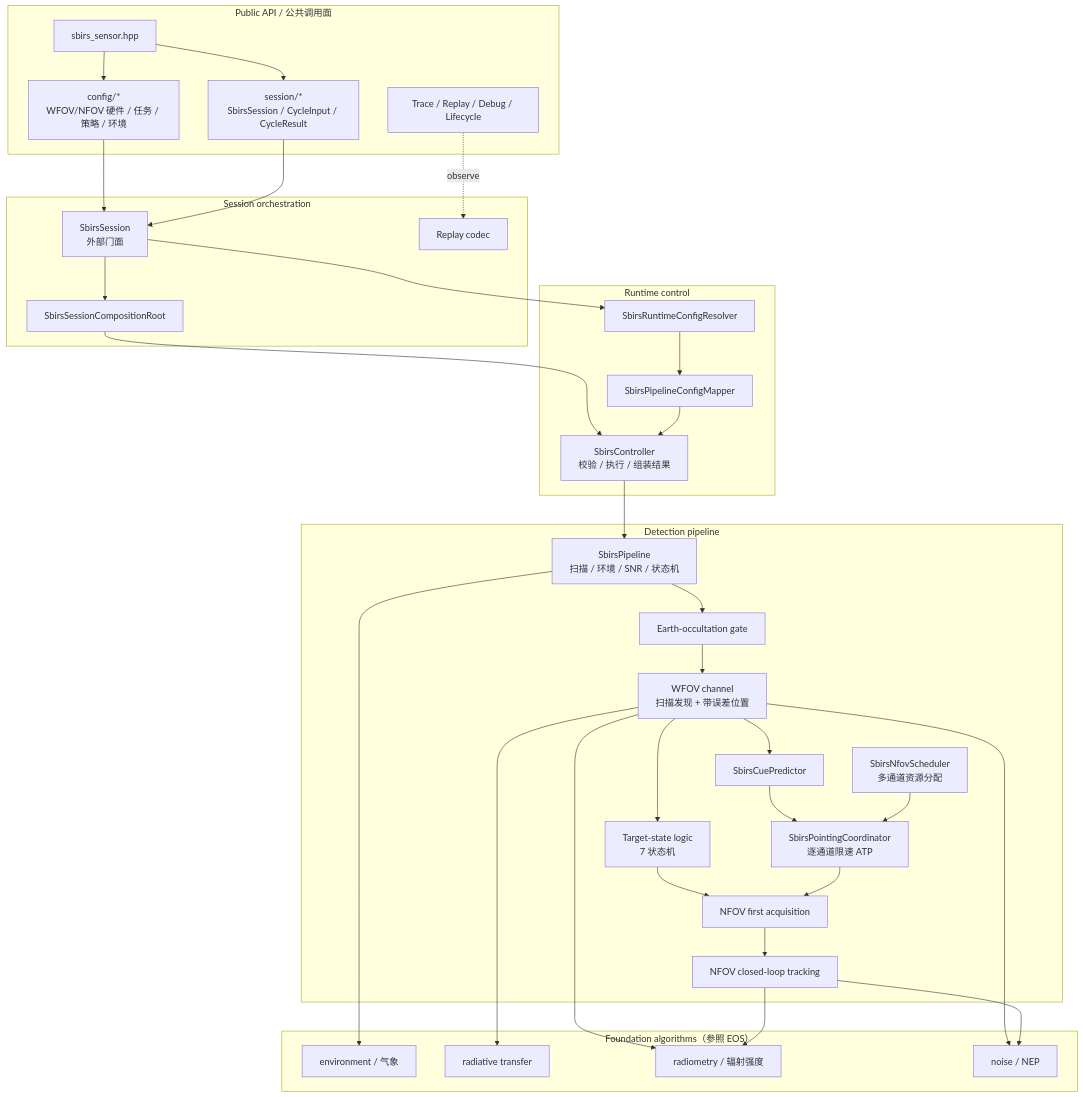
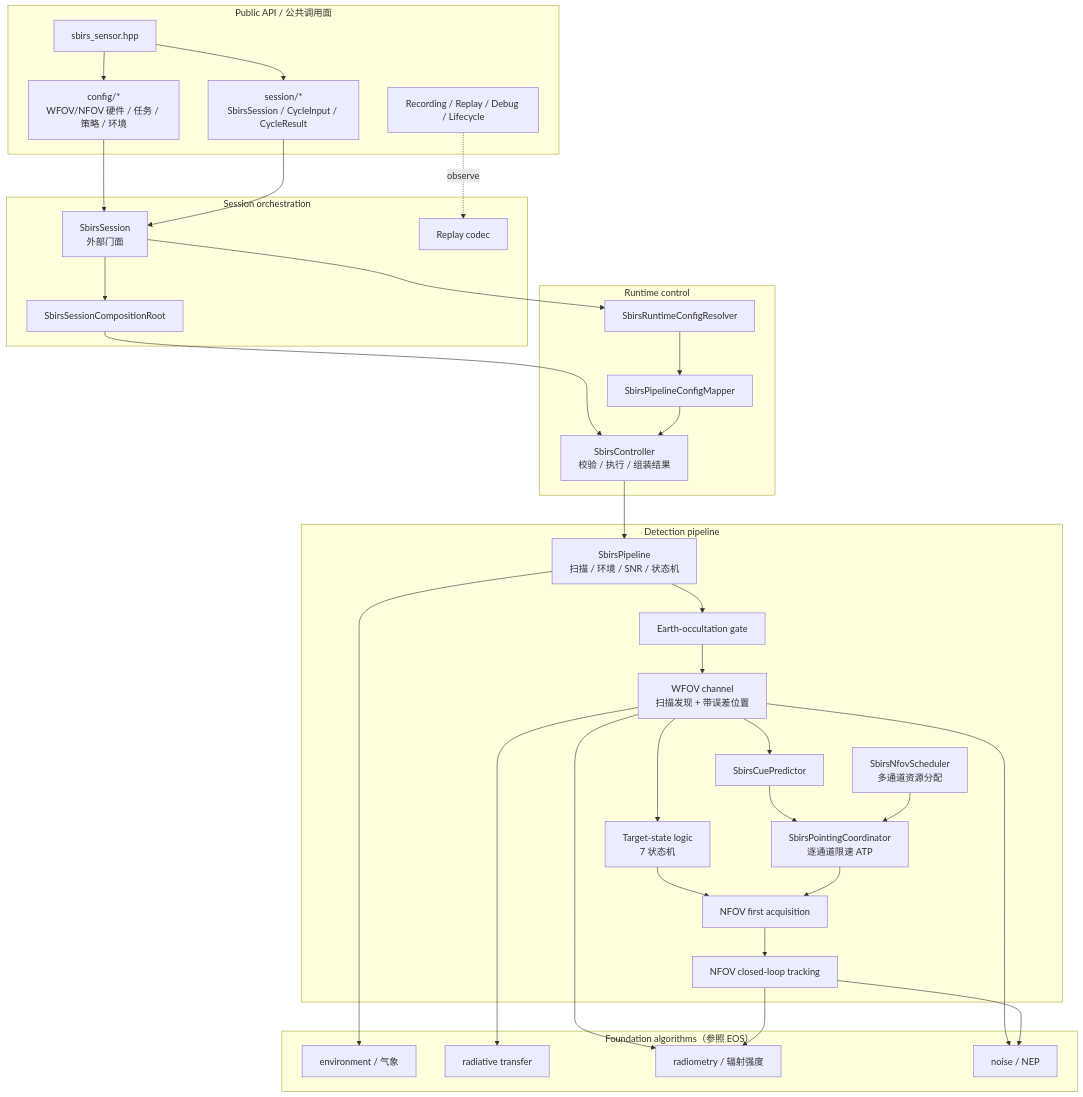
One commit to boilwater-3/1q changed the first of 3 diagrams in docs/sbirs_sensor/data-flow.md. Above: the diagram before and after it, drawn with Mermaid. The commit also changed other lines of this file and 100 other files, not shown here.

````diff
--- a/docs/sbirs_sensor/data-flow.md
+++ b/docs/sbirs_sensor/data-flow.md
@@ -48,67 +48,67 @@
 ```mermaid
 flowchart TB
   subgraph Public["Public API / 公共调用面"]
     Entry["sbirs_sensor.hpp"]
     Config["config/*\nWFOV/NFOV 硬件 / 任务 / 策略 / 环境"]
     SessionApi["session/*\nSbirsSession / CycleInput / CycleResult"]
-    Tools["Trace / Replay / Debug / Lifecycle"]
+    Tools["Recording / Replay / Debug / Lifecycle"]
   end
 
   subgraph Session["Session orchestration"]
     SbirsSession["SbirsSession\n外部门面"]
     Composition["SbirsSessionCompositionRoot"]
     ReplayCodec["Replay codec"]
   end
 
   subgraph Runtime["Runtime control"]
     Controller["SbirsController\n校验 / 执行 / 组装结果"]
     Mapper["SbirsPipelineConfigMapper"]
     Resolver["SbirsRuntimeConfigResolver"]
   end
 
   subgraph Pipeline["Detection pipeline"]
     PipelineCore["SbirsPipeline\n扫描 / 环境 / SNR / 状态机"]
     Occult["Earth-occultation gate"]
     Wfov["WFOV channel\n扫描发现 + 带误差位置"]
     StateMachine["Target-state logic\n7 状态机"]
     Cue["SbirsCuePredictor"]
     Pointing["SbirsPointingCoordinator\n逐通道限速 ATP"]
     NfovFirst["NFOV first acquisition"]
     NfovTrack["NFOV closed-loop tracking"]
     Scheduler["SbirsNfovScheduler\n多通道资源分配"]
   end
 
   subgraph Foundation["Foundation algorithms（参照 EOS）"]
     Env["environment / 气象"]
     Transfer["radiative transfer"]
     Radiometry["radiometry / 辐射强度"]
     Noise["noise / NEP"]
   end
 
   Entry --> Config
   Entry --> SessionApi
   Config --> SbirsSession
   SessionApi --> SbirsSession
   Tools -. "observe" .-> ReplayCodec
   SbirsSession --> Composition
   Composition --> Controller
   SbirsSession --> Resolver
   Resolver --> Mapper
   Mapper --> Controller
   Controller --> PipelineCore
   PipelineCore --> Occult
   Occult --> Wfov
   Wfov --> Cue
   Wfov --> StateMachine
   StateMachine --> NfovFirst
   Cue --> Pointing
   Scheduler --> Pointing
   Pointing --> NfovFirst
   NfovFirst --> NfovTrack
   PipelineCore --> Env
   Wfov --> Transfer
   Wfov --> Radiometry
   Wfov --> Noise
   NfovTrack --> Radiometry
   NfovTrack --> Noise
 ```
````
